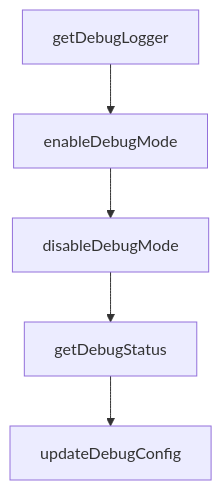
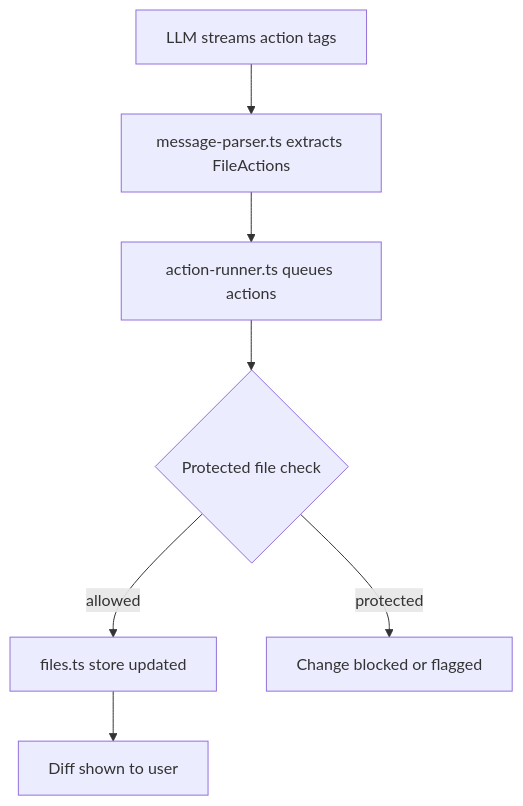
One commit to johnxie/awesome-code-docs changed the second of 2 diagrams in tutorials/bolt-diy-tutorial/05-files-diff-locking.md. Above: the diagram before and after it, drawn with Mermaid. The commit also changed other lines of this file and 1232 other files, not shown here.

````diff
--- a/tutorials/bolt-diy-tutorial/05-files-diff-locking.md
+++ b/tutorials/bolt-diy-tutorial/05-files-diff-locking.md
@@ -285,12 +149,16 @@
 ```mermaid
 flowchart TD
-    A[getDebugLogger]
-    B[enableDebugMode]
-    C[disableDebugMode]
-    D[getDebugStatus]
-    E[updateDebugConfig]
+    A[LLM streams action tags]
+    B[message-parser.ts extracts FileActions]
+    C[action-runner.ts queues actions]
+    D{Protected file check}
+    E[files.ts store updated]
+    F[Diff shown to user]
+    G[Change blocked or flagged]
     A --> B
     B --> C
     C --> D
-    D --> E
+    D -- allowed --> E
+    E --> F
+    D -- protected --> G
 ```
````
